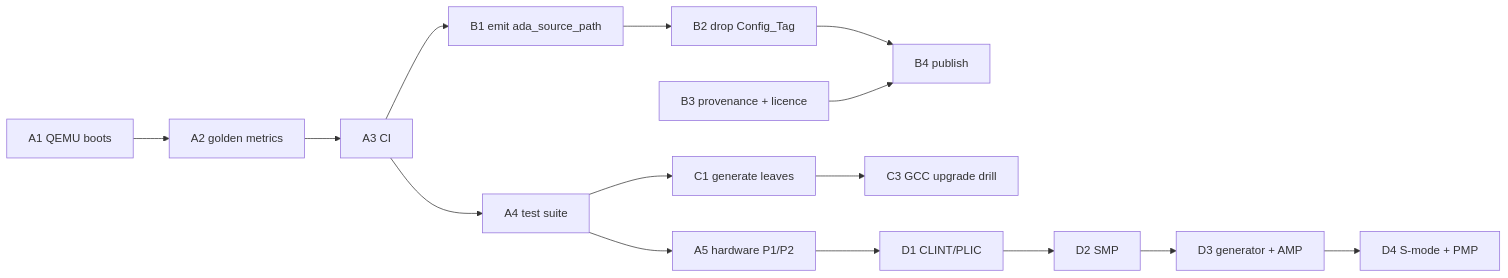
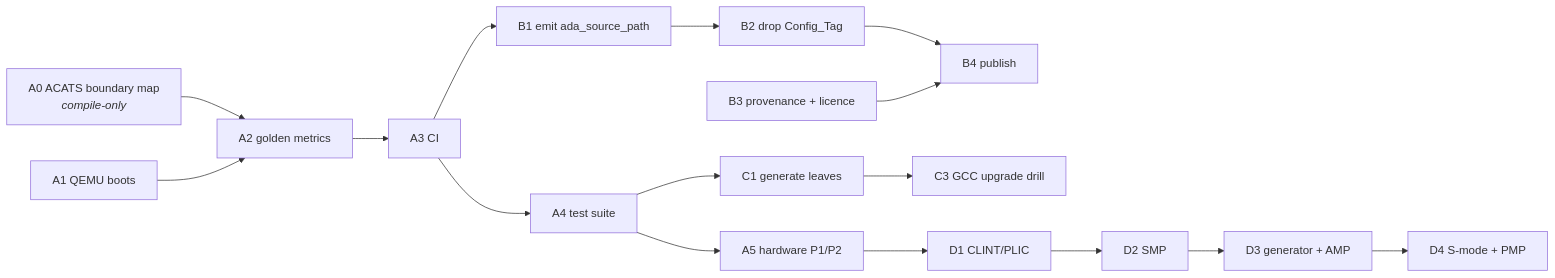
One commit to ThyMYthOS/ada-machine changed the diagram in RTS-PRODUCTION.md. Above: the diagram before and after it, drawn with Mermaid. The commit also changed other lines of this file, not shown here.

````diff
--- a/RTS-PRODUCTION.md
+++ b/RTS-PRODUCTION.md
@@ -190,8 +236,9 @@
 ```mermaid
 graph LR
-    A1["A1 QEMU boots"] --> A2["A2 golden metrics"] --> A3["A3 CI"] --> A4["A4 test suite"] --> A5["A5 hardware P1/P2"]
+    A0["A0 ACATS boundary map<br/><i>compile-only</i>"] --> A2["A2 golden metrics"]
+    A1["A1 QEMU boots"] --> A2 --> A3["A3 CI"] --> A4["A4 test suite"] --> A5["A5 hardware P1/P2"]
     A3 --> B1["B1 emit ada_source_path"] --> B2["B2 drop Config_Tag"] --> B4["B4 publish"]
     B3["B3 provenance + licence"] --> B4
     A4 --> C1["C1 generate leaves"] --> C3["C3 GCC upgrade drill"]
     A5 --> D1["D1 CLINT/PLIC"] --> D2["D2 SMP"] --> D3["D3 generator + AMP"] --> D4["D4 S-mode + PMP"]
 ```
````
